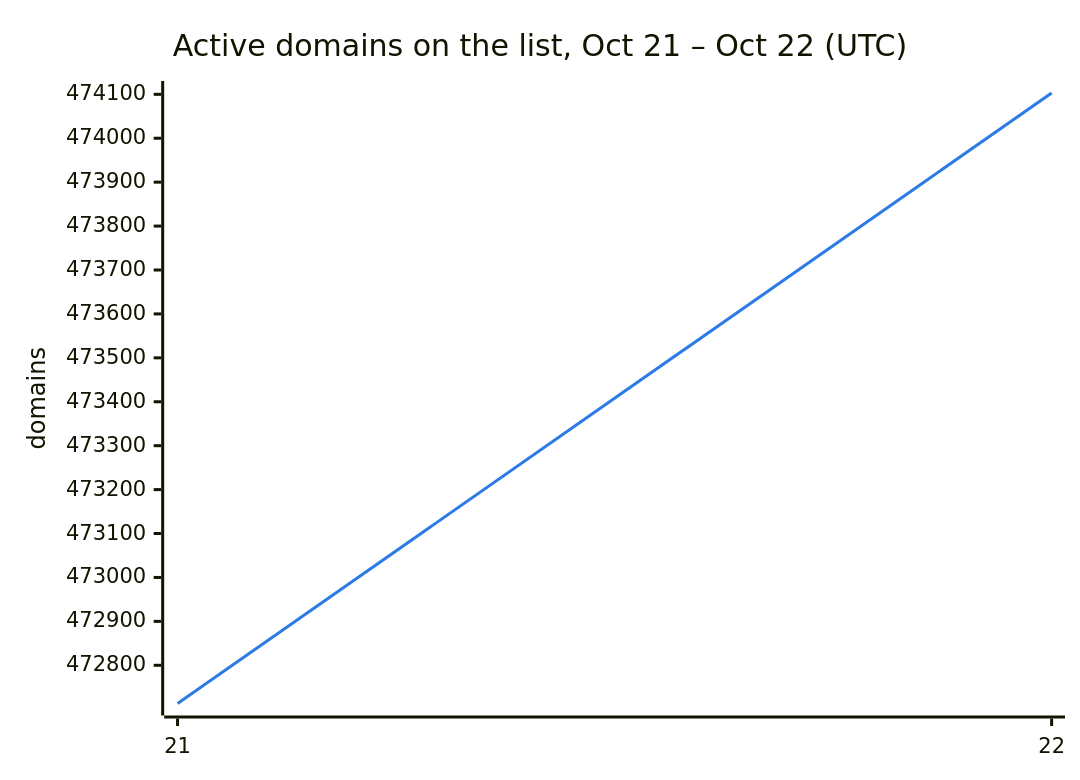
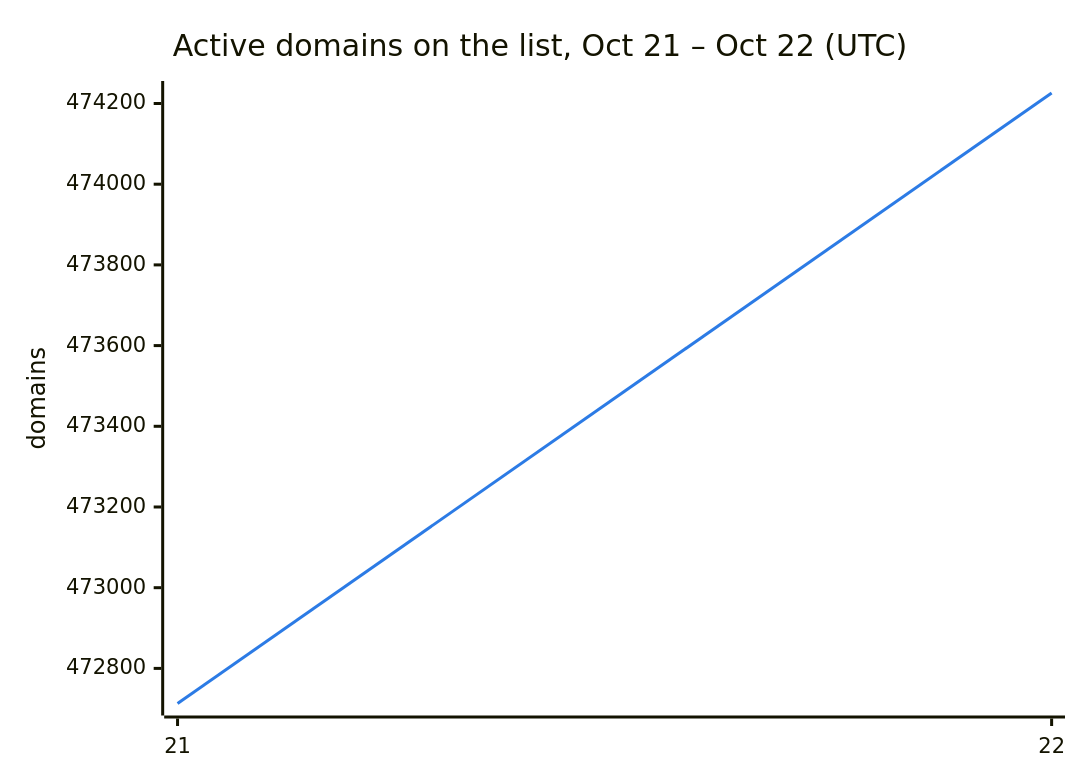
The second of 3 diagrams in README.md (DNSBunker/CTI), drawn with Mermaid before and after one commit. The commit also changed other lines of this file and 3 other files, not shown here.

````diff
--- a/README.md
+++ b/README.md
@@ -38,8 +38,8 @@
 ```mermaid
 %%{init: {"themeVariables": {"xyChart": {"plotColorPalette": "#2c7be5"}}}}%%
 xychart-beta
     title "Active domains on the list, Oct 21 – Oct 22 (UTC)"
     x-axis ["21", "22"]
     y-axis "domains"
-    line [472713, 474103]
+    line [472713, 474226]
 ```
````
